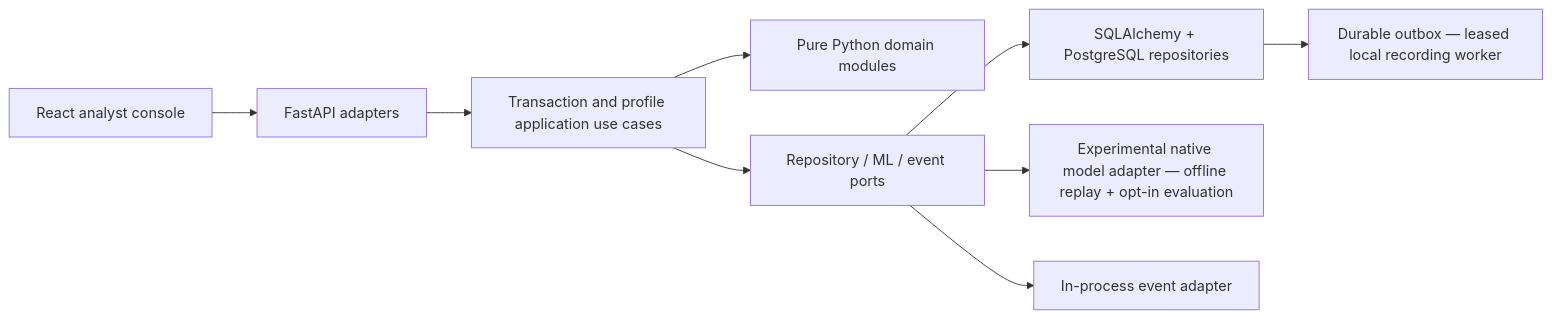
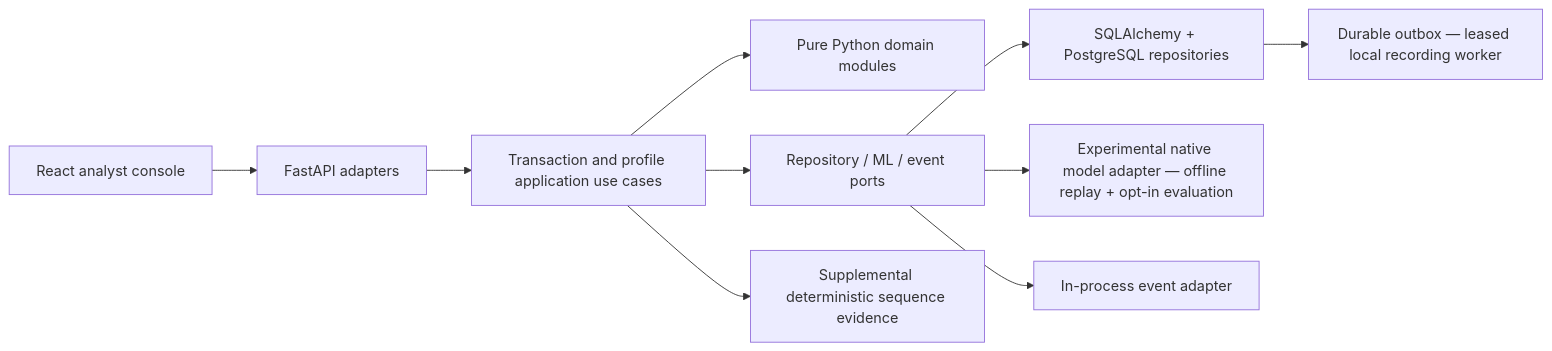
The diagram in README.md (nuchaaa/FraudLens), drawn with Mermaid before and after one commit. The commit also changed other lines of this file and 16 other files, not shown here.

Commit message:
Add supplemental sequence fraud evidence

````diff
--- a/README.md
+++ b/README.md
@@ -72,11 +76,12 @@
 ```mermaid
 flowchart LR
     UI[React analyst console] --> HTTP[FastAPI adapters]
     HTTP --> UC[Transaction and profile application use cases]
     UC --> D[Pure Python domain modules]
     UC --> P[Repository / ML / event ports]
     P --> DB[SQLAlchemy + PostgreSQL repositories]
     P --> ML[Experimental native model adapter — offline replay + opt-in evaluation]
+    UC --> SQ[Supplemental deterministic sequence evidence]
     P --> EV[In-process event adapter]
     DB --> OB[Durable outbox — leased local recording worker]
 ```
````
